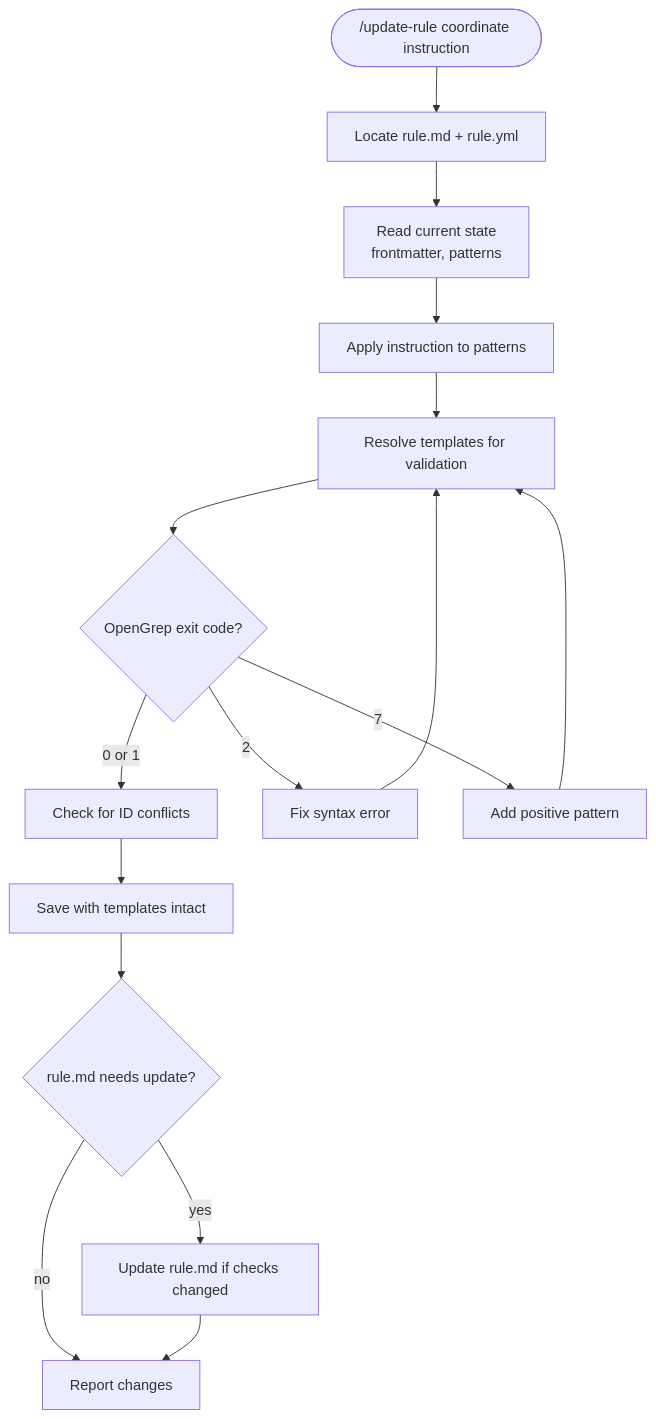
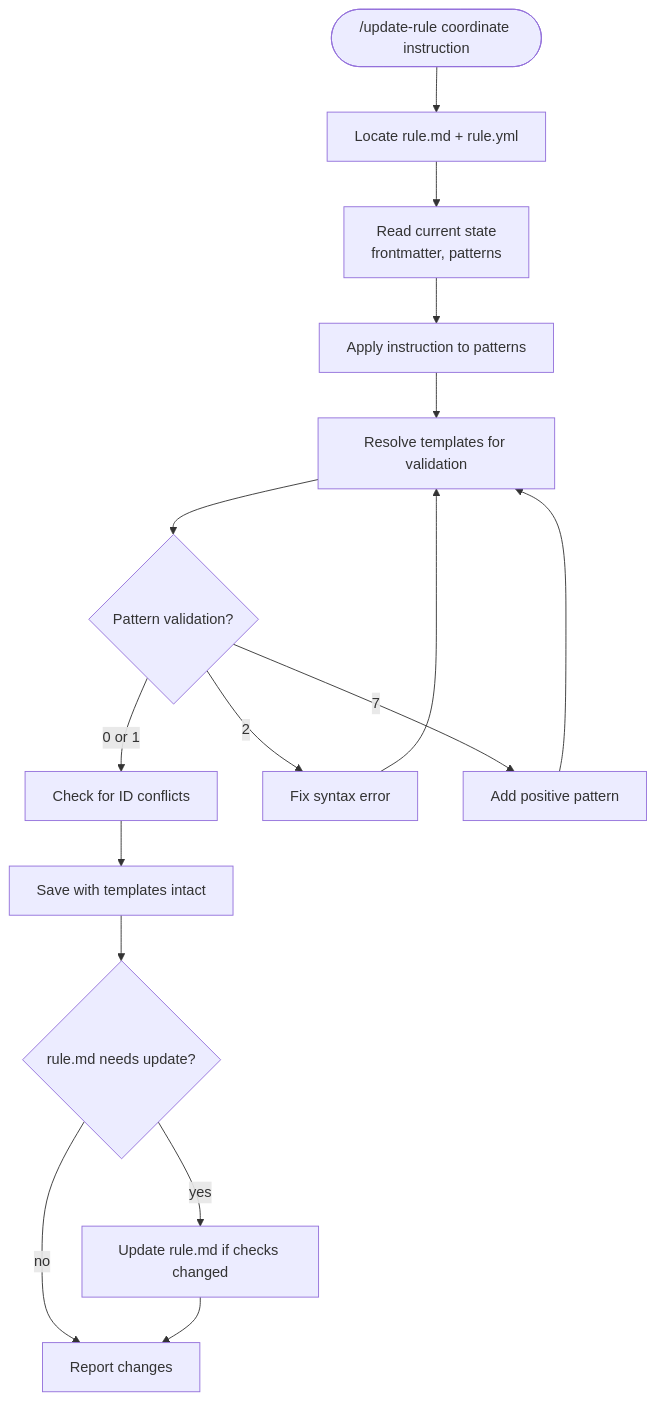
The diagram in .shared/workflows/rule-update.md (reporails/rules), drawn with Mermaid before and after one commit. The commit also changed other lines of this file and 9 other files, not shown here.

First line of the commit message:
Replace OpenGrep references with regex terminology

````diff
--- a/.shared/workflows/rule-update.md
+++ b/.shared/workflows/rule-update.md
@@ -3,16 +3,16 @@
 ```mermaid
 flowchart TD
     START([/update-rule coordinate instruction]) --> LOCATE[Locate rule.md + rule.yml]
     LOCATE --> READ[Read current state<br/>frontmatter, patterns]
     READ --> APPLY[Apply instruction to patterns]
     APPLY --> RESOLVE[Resolve templates for validation]
-    RESOLVE --> VALID{OpenGrep exit code?}
+    RESOLVE --> VALID{Pattern validation?}
     VALID -->|0 or 1| CONFLICT[Check for ID conflicts]
     VALID -->|2| FIX2[Fix syntax error] --> RESOLVE
     VALID -->|7| FIX7[Add positive pattern] --> RESOLVE
     CONFLICT --> SAVE[Save with templates intact]
     SAVE --> SYNC{rule.md needs update?}
     SYNC -->|yes| UPDATEMD[Update rule.md if checks changed]
     SYNC -->|no| REPORT
     UPDATEMD --> REPORT[Report changes]
 ```
````
